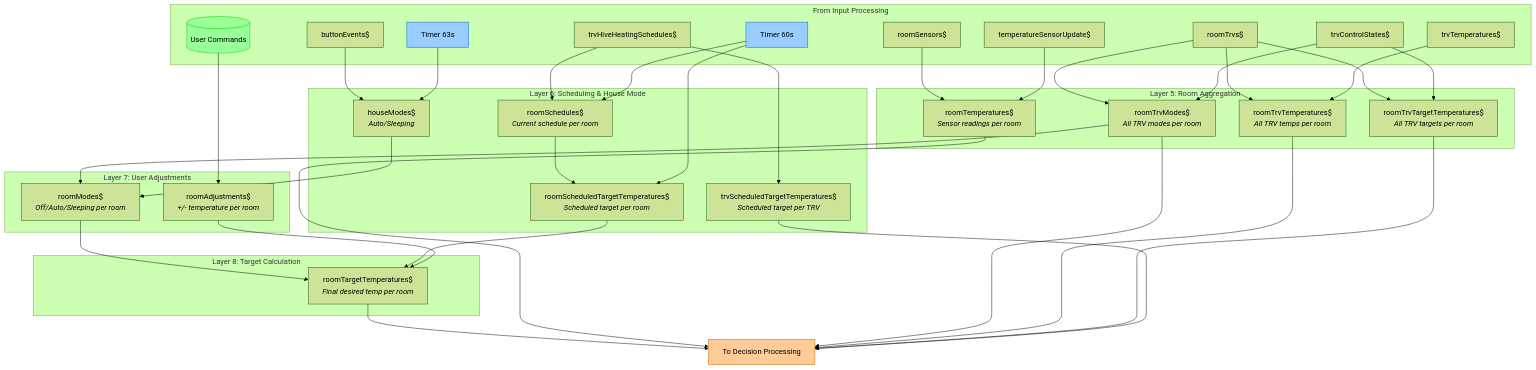
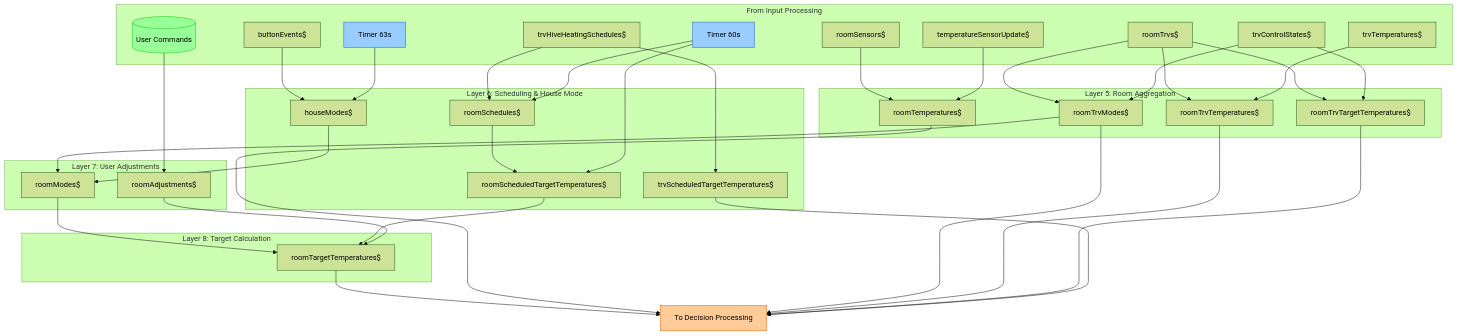
Before and after one commit to GraemeF/home-automation: the diagram in packages/deep-heating-rx/docs/data-flow-rooms.md, drawn with Mermaid (forest theme). The commit also changed 4 other files, not shown here.

First line of the commit message:
fix: simplify mermaid node labels for readability

```diff
--- a/packages/deep-heating-rx/docs/data-flow-rooms.md
+++ b/packages/deep-heating-rx/docs/data-flow-rooms.md
@@ -22,26 +22,26 @@
     end
 
     subgraph Layer5["Layer 5: Room Aggregation"]
-        RoomTemps["roomTemperatures$\n<i>Sensor readings per room</i>"]
-        RoomTrvModes["roomTrvModes$\n<i>All TRV modes per room</i>"]
-        RoomTrvTemps["roomTrvTemperatures$\n<i>All TRV temps per room</i>"]
-        RoomTrvTargets["roomTrvTargetTemperatures$\n<i>All TRV targets per room</i>"]
+        RoomTemps["roomTemperatures$"]
+        RoomTrvModes["roomTrvModes$"]
+        RoomTrvTemps["roomTrvTemperatures$"]
+        RoomTrvTargets["roomTrvTargetTemperatures$"]
     end
 
     subgraph Layer6["Layer 6: Scheduling & House Mode"]
-        HouseModes["houseModes$\n<i>Auto/Sleeping</i>"]
-        RoomSchedules["roomSchedules$\n<i>Current schedule per room</i>"]
-        RoomSchedTargets["roomScheduledTargetTemperatures$\n<i>Scheduled target per room</i>"]
-        TrvSchedTargets["trvScheduledTargetTemperatures$\n<i>Scheduled target per TRV</i>"]
+        HouseModes["houseModes$"]
+        RoomSchedules["roomSchedules$"]
+        RoomSchedTargets["roomScheduledTargetTemperatures$"]
+        TrvSchedTargets["trvScheduledTargetTemperatures$"]
     end
 
     subgraph Layer7["Layer 7: User Adjustments"]
-        RoomAdjustments["roomAdjustments$\n<i>+/- temperature per room</i>"]
-        RoomModes["roomModes$\n<i>Off/Auto/Sleeping per room</i>"]
+        RoomAdjustments["roomAdjustments$"]
+        RoomModes["roomModes$"]
     end
 
     subgraph Layer8["Layer 8: Target Calculation"]
-        RoomTargets["roomTargetTemperatures$\n<i>Final desired temp per room</i>"]
+        RoomTargets["roomTargetTemperatures$"]
     end
 
     %% Layer 5 connections
```
